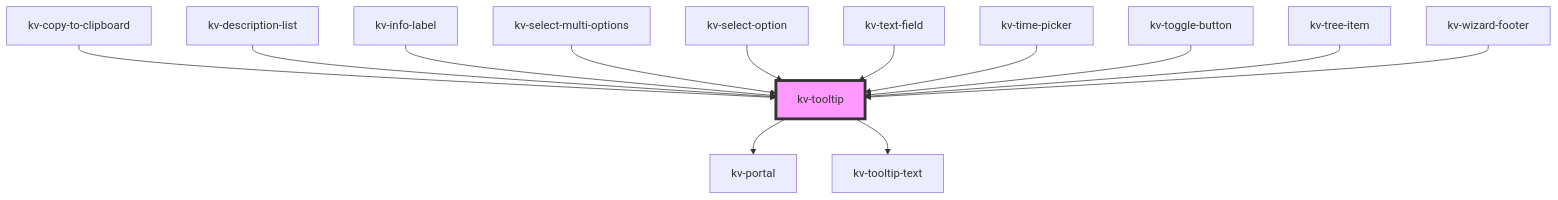
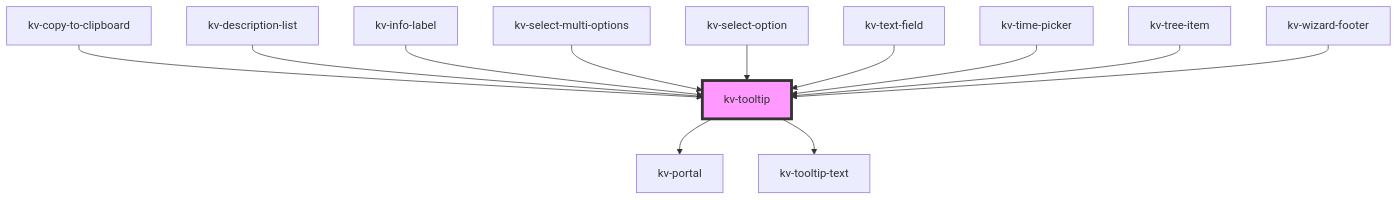
One commit to kelvininc/ui-components changed the diagram in packages/ui-components/src/components/tooltip/readme.md. Above: the diagram before and after it, drawn with Mermaid. The commit also changed other lines of this file and 6 other files, not shown here.

````diff
--- a/packages/ui-components/src/components/tooltip/readme.md
+++ b/packages/ui-components/src/components/tooltip/readme.md
@@ -82,16 +81,15 @@
 ```mermaid
 graph TD;
   kv-tooltip --> kv-portal
   kv-tooltip --> kv-tooltip-text
   kv-copy-to-clipboard --> kv-tooltip
   kv-description-list --> kv-tooltip
   kv-info-label --> kv-tooltip
   kv-select-multi-options --> kv-tooltip
   kv-select-option --> kv-tooltip
   kv-text-field --> kv-tooltip
   kv-time-picker --> kv-tooltip
-  kv-toggle-button --> kv-tooltip
   kv-tree-item --> kv-tooltip
   kv-wizard-footer --> kv-tooltip
   style kv-tooltip fill:#f9f,stroke:#333,stroke-width:4px
 ```
````
